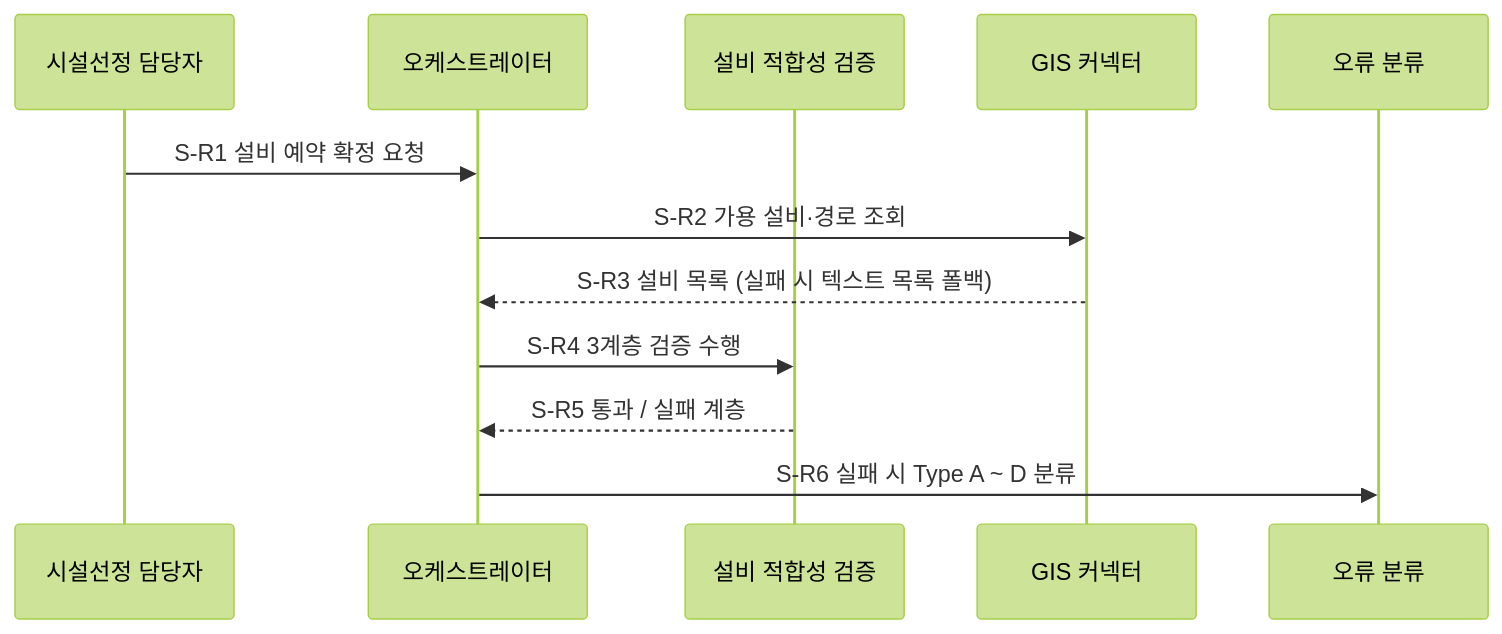
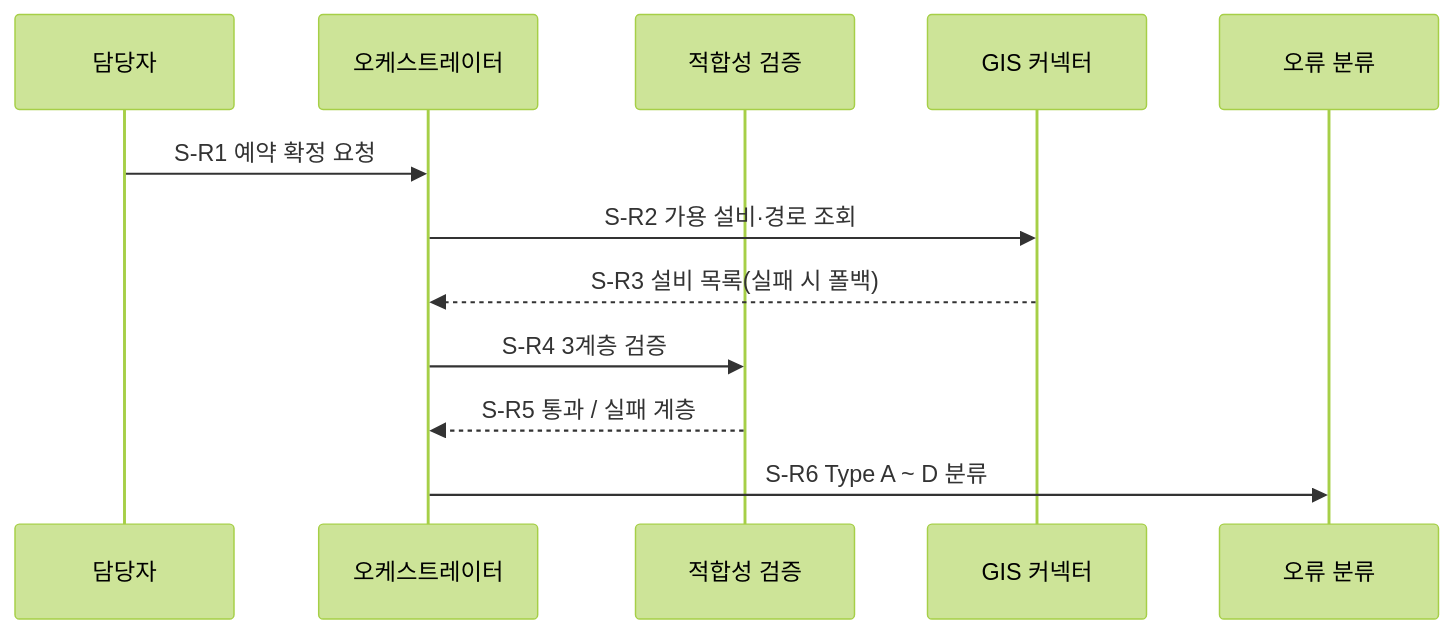
Before and after one commit to unicorn-campus/design-agentic-ai: the third of 3 diagrams in guides/04-패턴시퀀스설계-가이드.md, drawn with Mermaid (forest theme). The commit also changed other lines of this file and 19 other files, not shown here.

````diff
--- a/guides/04-패턴시퀀스설계-가이드.md
+++ b/guides/04-패턴시퀀스설계-가이드.md
@@ -122,14 +121,14 @@
 ```mermaid
 sequenceDiagram
-  participant U as 시설선정 담당자
+  participant U as 담당자
   participant O as 오케스트레이터
-  participant F as 설비 적합성 검증
+  participant F as 적합성 검증
   participant G as GIS 커넥터
   participant C as 오류 분류
-  U->>O: S-R1 설비 예약 확정 요청
+  U->>O: S-R1 예약 확정 요청
   O->>G: S-R2 가용 설비·경로 조회
-  G-->>O: S-R3 설비 목록 (실패 시 텍스트 목록 폴백)
-  O->>F: S-R4 3계층 검증 수행
+  G-->>O: S-R3 설비 목록(실패 시 폴백)
+  O->>F: S-R4 3계층 검증
   F-->>O: S-R5 통과 / 실패 계층
-  O->>C: S-R6 실패 시 Type A ~ D 분류
+  O->>C: S-R6 Type A ~ D 분류
 ```
````
